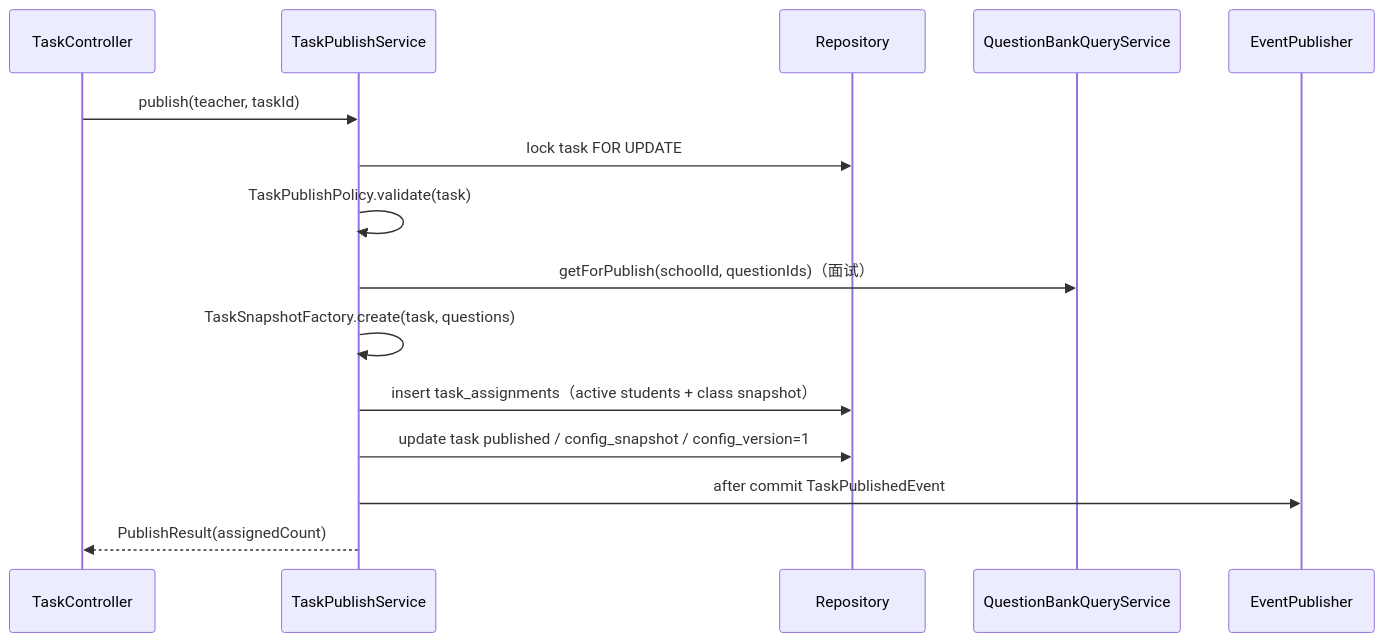
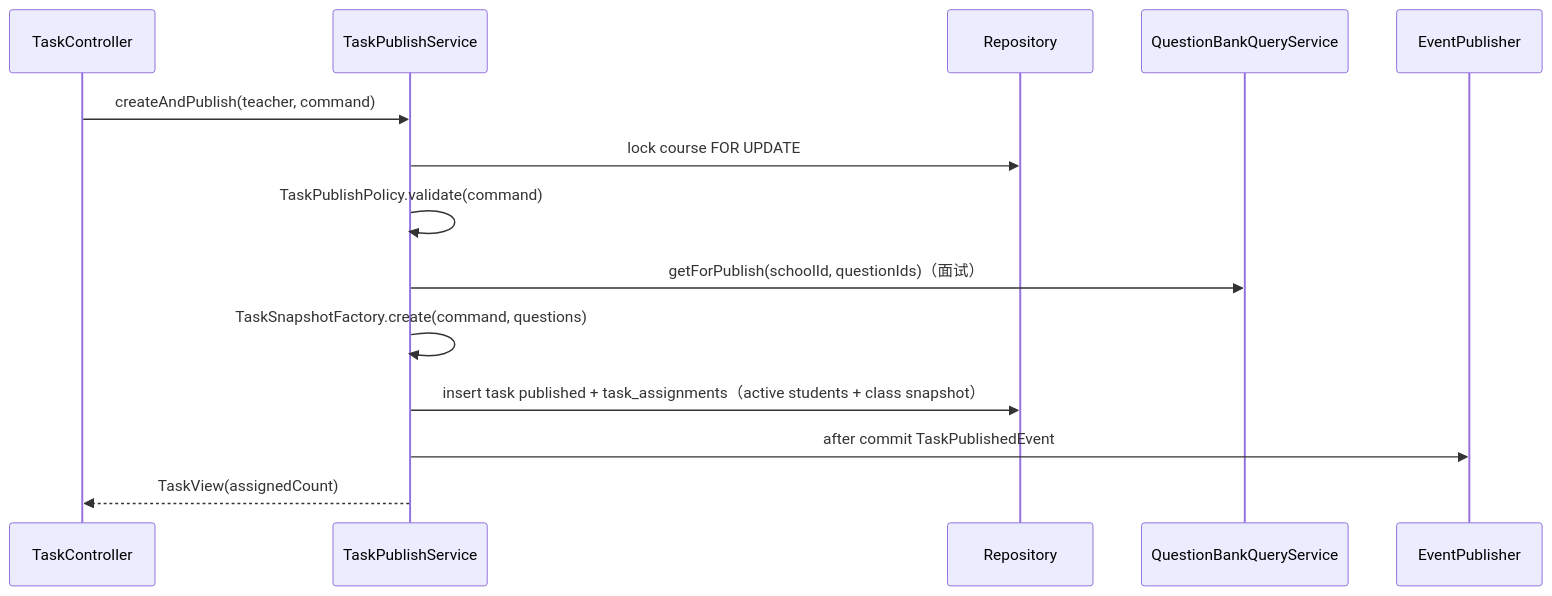
The first of 6 diagrams in docs/implementation/04-M3-实现设计.md (Savior-R/reGroupprojectV1), drawn with Mermaid before and after one commit. The commit also changed other lines of this file and 257 other files, not shown here.

````diff
--- a/docs/implementation/04-M3-实现设计.md
+++ b/docs/implementation/04-M3-实现设计.md
@@ -368,17 +370,16 @@
 ```mermaid
 sequenceDiagram
   participant C as TaskController
   participant A as TaskPublishService
   participant DB as Repository
   participant M5 as QuestionBankQueryService
   participant E as EventPublisher
-  C->>A: publish(teacher, taskId)
-  A->>DB: lock task FOR UPDATE
-  A->>A: TaskPublishPolicy.validate(task)
+  C->>A: createAndPublish(teacher, command)
+  A->>DB: lock course FOR UPDATE
+  A->>A: TaskPublishPolicy.validate(command)
   A->>M5: getForPublish(schoolId, questionIds)（面试）
-  A->>A: TaskSnapshotFactory.create(task, questions)
-  A->>DB: insert task_assignments（active students + class snapshot）
-  A->>DB: update task published / config_snapshot / config_version=1
+  A->>A: TaskSnapshotFactory.create(command, questions)
+  A->>DB: insert task published + task_assignments（active students + class snapshot）
   A->>E: after commit TaskPublishedEvent
-  A-->>C: PublishResult(assignedCount)
+  A-->>C: TaskView(assignedCount)
 ```
````
